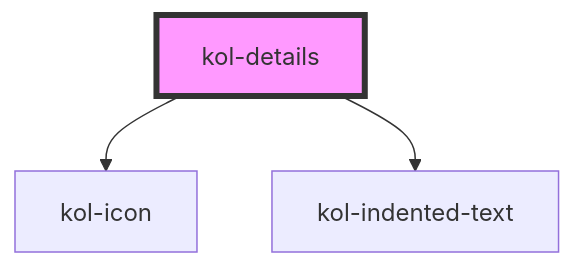
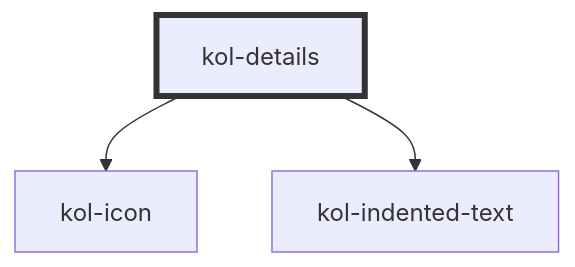
Before and after one commit to public-ui/kolibri: the diagram in packages/components/src/components/details/readme.md, drawn with Mermaid. The commit also changed 40 other files, not shown here.

````diff
--- a/packages/components/src/components/details/readme.md
+++ b/packages/components/src/components/details/readme.md
@@ -114,6 +114,6 @@
 ```mermaid
 graph TD;
   kol-details --> kol-icon
   kol-details --> kol-indented-text
-  style kol-details fill:#f9f,stroke:#333,stroke-width:4px
+  style kol-details stroke:#333,stroke-width:4px
 ```
````
